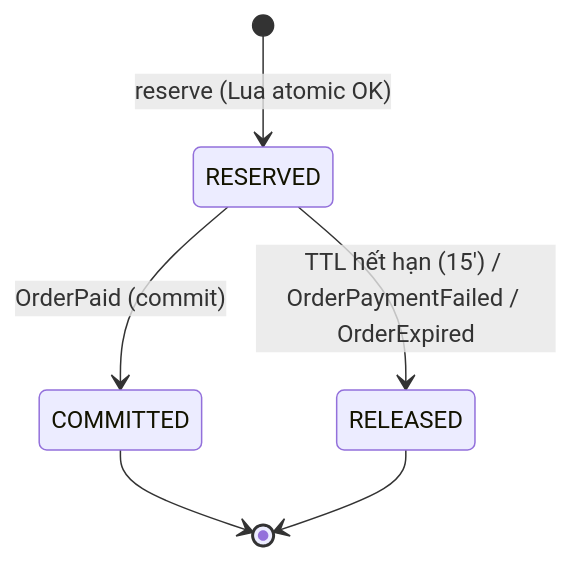
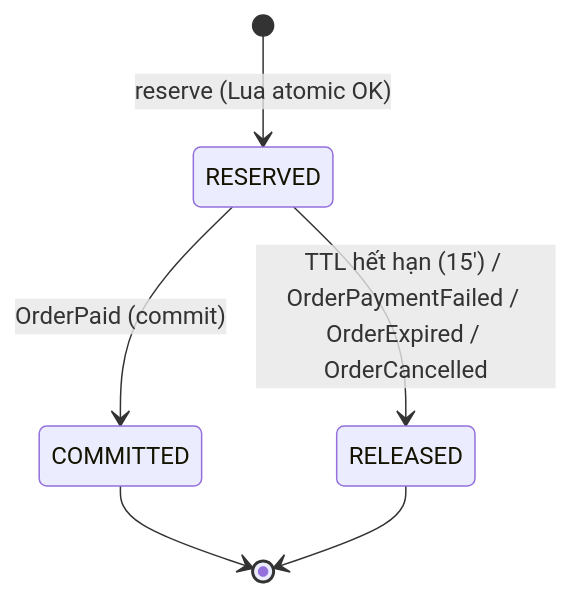
The diagram in docs/contracts/services/inventory-service.md (software-design-138gogo/tickefy-backend), drawn with Mermaid before and after one commit. The commit also changed other lines of this file and 17 other files, not shown here.

````diff
--- a/docs/contracts/services/inventory-service.md
+++ b/docs/contracts/services/inventory-service.md
@@ -105,8 +109,8 @@
 ```mermaid
 stateDiagram-v2
     [*] --> RESERVED: reserve (Lua atomic OK)
     RESERVED --> COMMITTED: OrderPaid (commit)
-    RESERVED --> RELEASED: TTL hết hạn (15') / OrderPaymentFailed / OrderExpired
+    RESERVED --> RELEASED: TTL hết hạn (15') / OrderPaymentFailed / OrderExpired / OrderCancelled
     COMMITTED --> [*]
     RELEASED --> [*]
 ```
````
